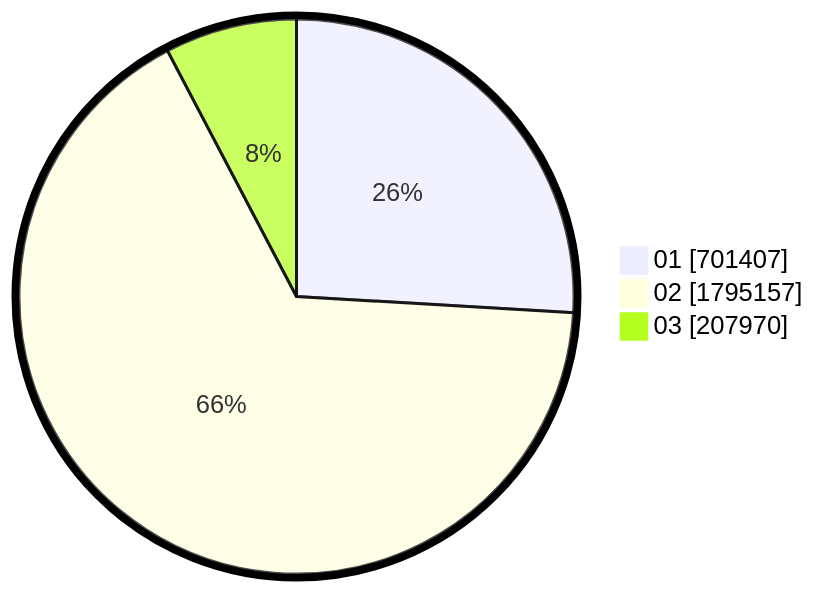
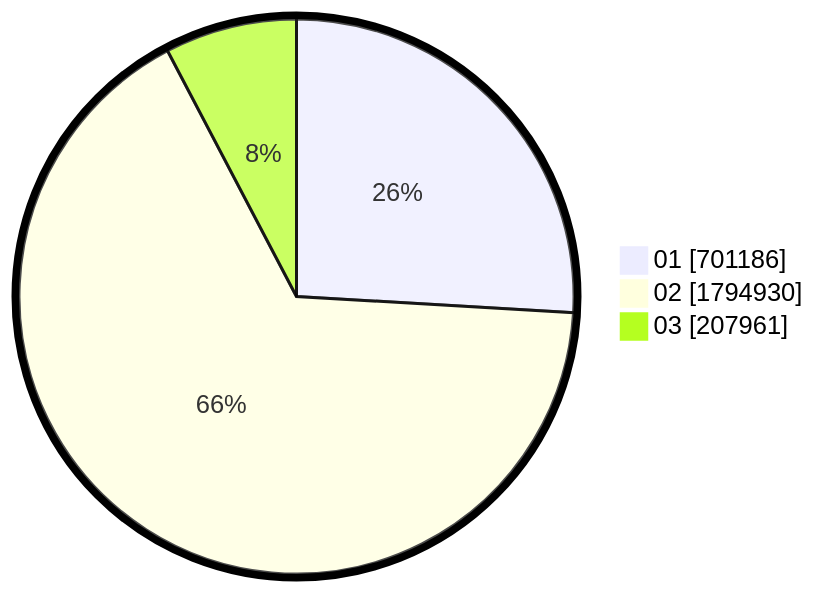
The second of 2 diagrams in pilpres/hitung-suara/sub/table-wilayah-52.md (gigit-pemilu/pemilu-2024), drawn with Mermaid before and after one commit. The commit also changed other lines of this file and 10 other files, not shown here.

````diff
--- a/pilpres/hitung-suara/sub/table-wilayah-52.md
+++ b/pilpres/hitung-suara/sub/table-wilayah-52.md
@@ -15,7 +15,7 @@
 ```mermaid
 %%{init: {"pie": {"textPosition": 0.5}, "themeVariables": {"pieOuterStrokeWidth": "5px"}} }%%
 pie showData
-    "01" : 701407
-    "02" : 1795157
-    "03" : 207970
+    "01" : 701186
+    "02" : 1794930
+    "03" : 207961
 ```
````
